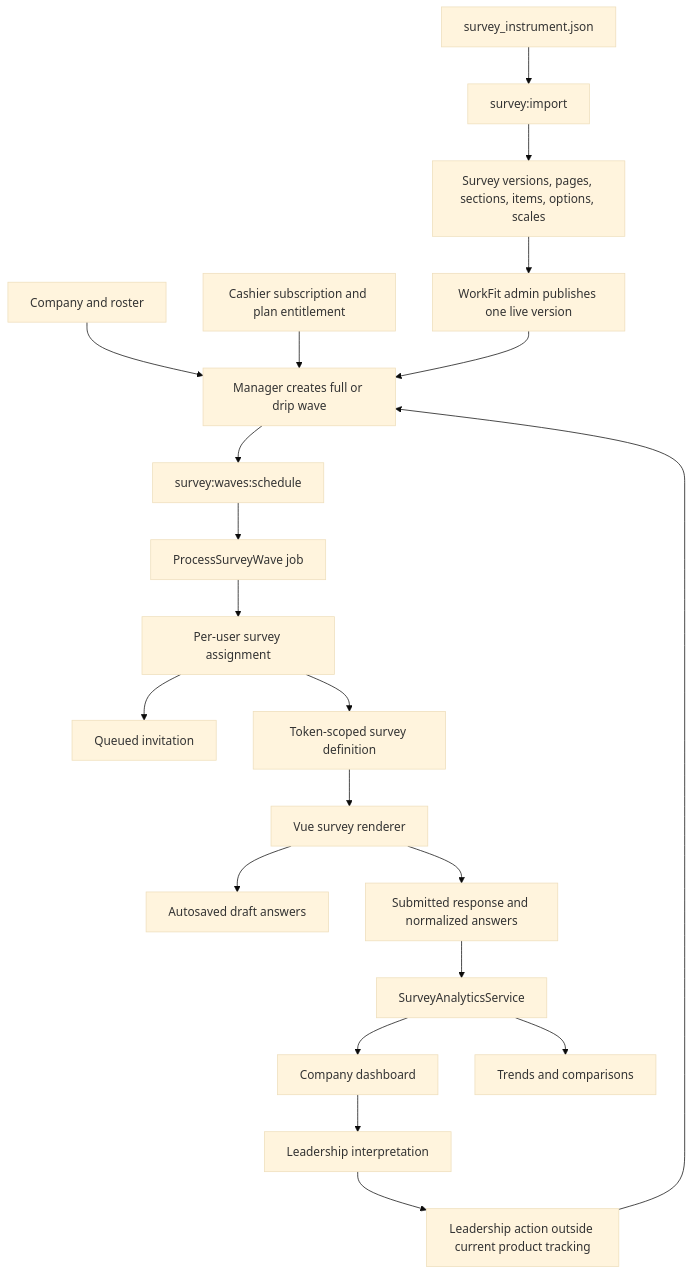
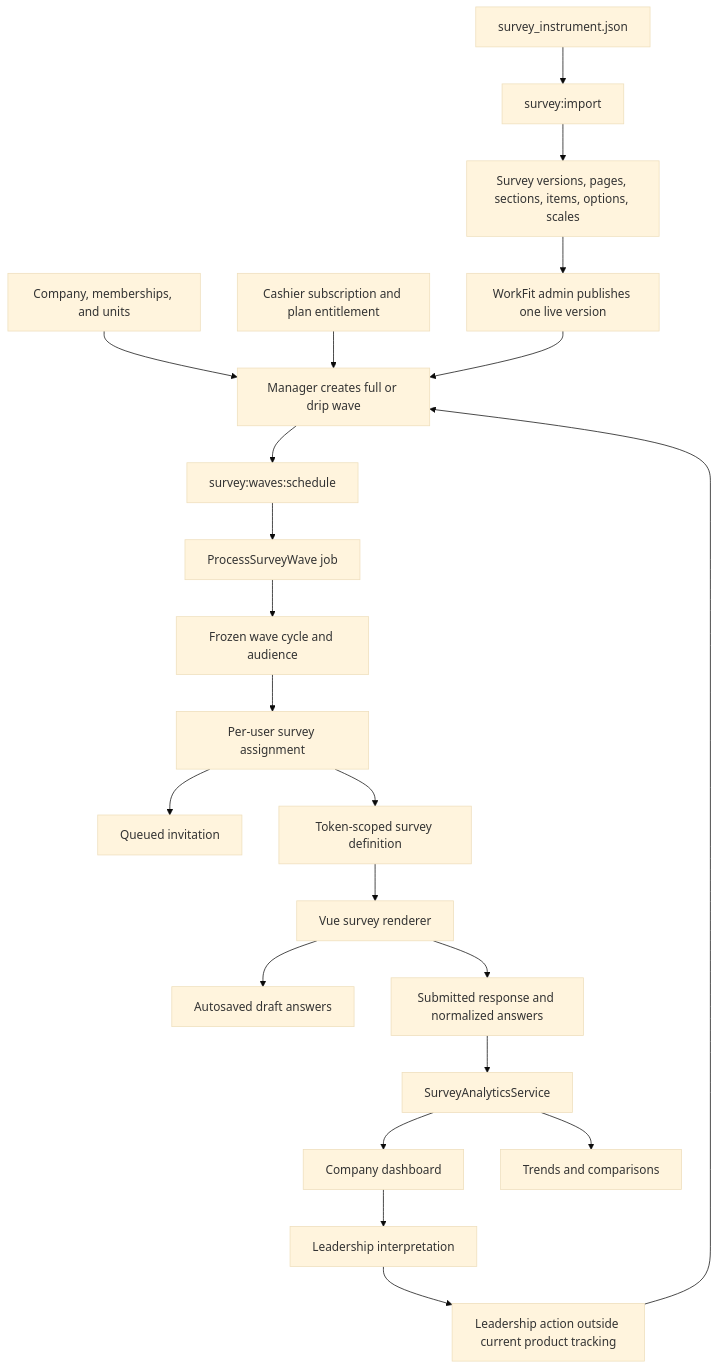
Before and after one commit to gurulost/empulse: the diagram in docs/ARCHITECTURE.md, drawn with Mermaid (base theme). The commit also changed other lines of this file and 349 other files, not shown here.

````diff
--- a/docs/ARCHITECTURE.md
+++ b/docs/ARCHITECTURE.md
@@ -54,26 +54,27 @@
 ```mermaid
 flowchart TD
     Instrument["survey_instrument.json"] --> Importer["survey:import"]
     Importer --> VersionedContent["Survey versions, pages, sections, items, options, scales"]
     VersionedContent --> Publish["WorkFit admin publishes one live version"]
 
-    Company["Company and roster"] --> Wave["Manager creates full or drip wave"]
+    Company["Company, memberships, and units"] --> Wave["Manager creates full or drip wave"]
     Billing["Cashier subscription and plan entitlement"] --> Wave
     Publish --> Wave
 
     Wave --> Scheduler["survey:waves:schedule"]
     Scheduler --> Process["ProcessSurveyWave job"]
-    Process --> Assignment["Per-user survey assignment"]
+    Process --> Cohort["Frozen wave cycle and audience"]
+    Cohort --> Assignment["Per-user survey assignment"]
     Assignment --> Invite["Queued invitation"]
     Assignment --> Definition["Token-scoped survey definition"]
     Definition --> SurveyUI["Vue survey renderer"]
     SurveyUI --> Draft["Autosaved draft answers"]
     SurveyUI --> Response["Submitted response and normalized answers"]
 
     Response --> Analytics["SurveyAnalyticsService"]
     Analytics --> Dashboard["Company dashboard"]
     Analytics --> Reports["Trends and comparisons"]
     Dashboard --> Interpretation["Leadership interpretation"]
     Interpretation --> Action["Leadership action outside current product tracking"]
     Action --> Wave
 ```
````
